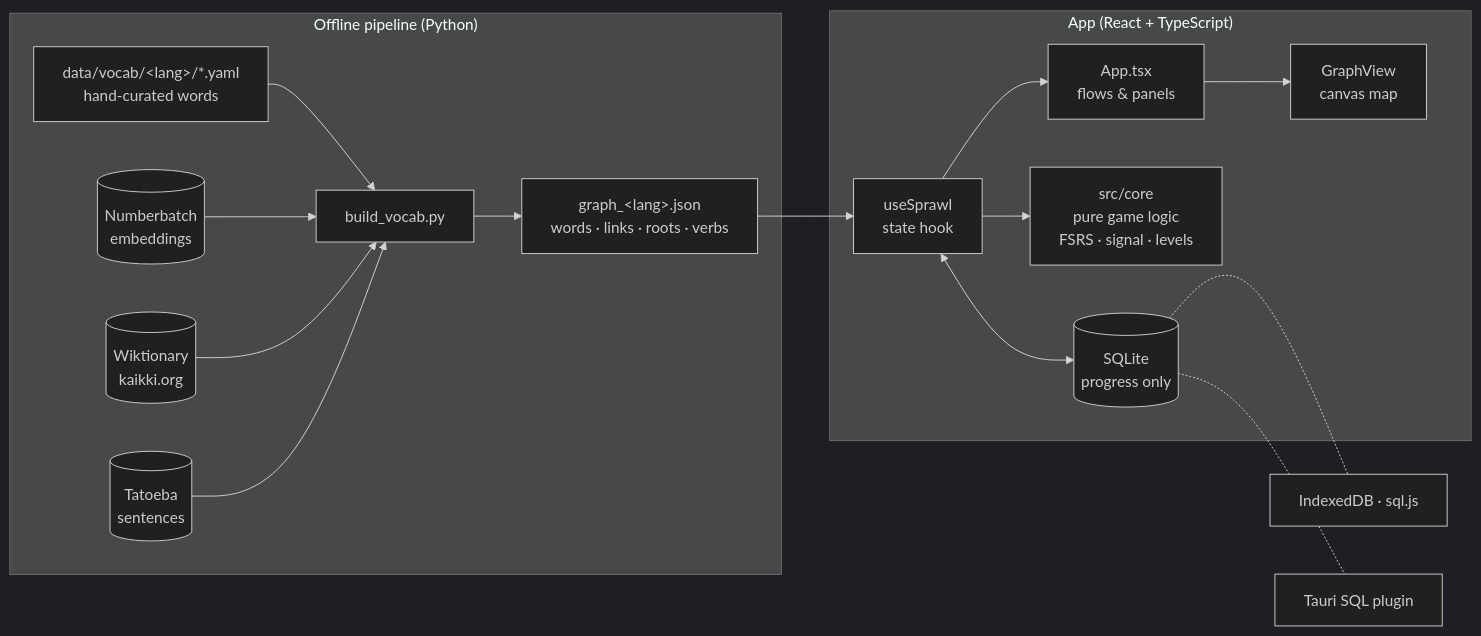
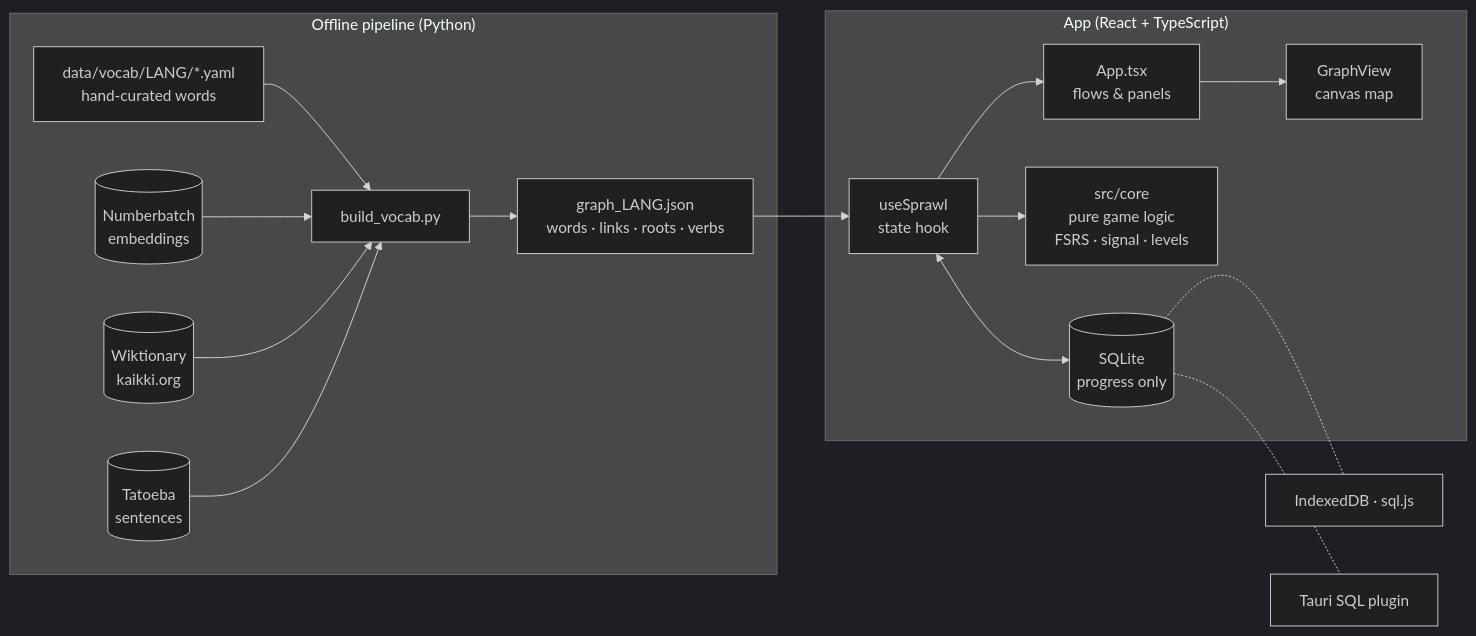
Before and after one commit to mcaldera/lexinet: the diagram in README.md, drawn with Mermaid (dark theme). The commit also changed other lines of this file and 8 other files, not shown here.

````diff
--- a/README.md
+++ b/README.md
@@ -124,21 +129,21 @@
 ```mermaid
 flowchart LR
   subgraph offline["Offline pipeline (Python)"]
-    Y["data/vocab/&lt;lang&gt;/*.yaml<br/>hand-curated words"] --> B[build_vocab.py]
+    Y["data/vocab/LANG/*.yaml<br/>hand-curated words"] --> B[build_vocab.py]
     NB[(Numberbatch<br/>embeddings)] --> B
     WK[(Wiktionary<br/>kaikki.org)] --> B
     TT[(Tatoeba<br/>sentences)] --> B
-    B --> G["graph_&lt;lang&gt;.json<br/>words · links · roots · verbs"]
+    B --> G["graph_LANG.json<br/>words · links · roots · verbs"]
   end
 
   subgraph app["App (React + TypeScript)"]
     G --> H[useSprawl<br/>state hook]
     H <--> DB[("SQLite<br/>progress only")]
     H --> C["src/core<br/>pure game logic<br/>FSRS · signal · levels"]
     H --> UI[App.tsx<br/>flows & panels]
     UI --> GV["GraphView<br/>canvas map"]
   end
 
   DB -.- IDB[IndexedDB · sql.js]
   DB -.- TS[Tauri SQL plugin]
 ```
````
